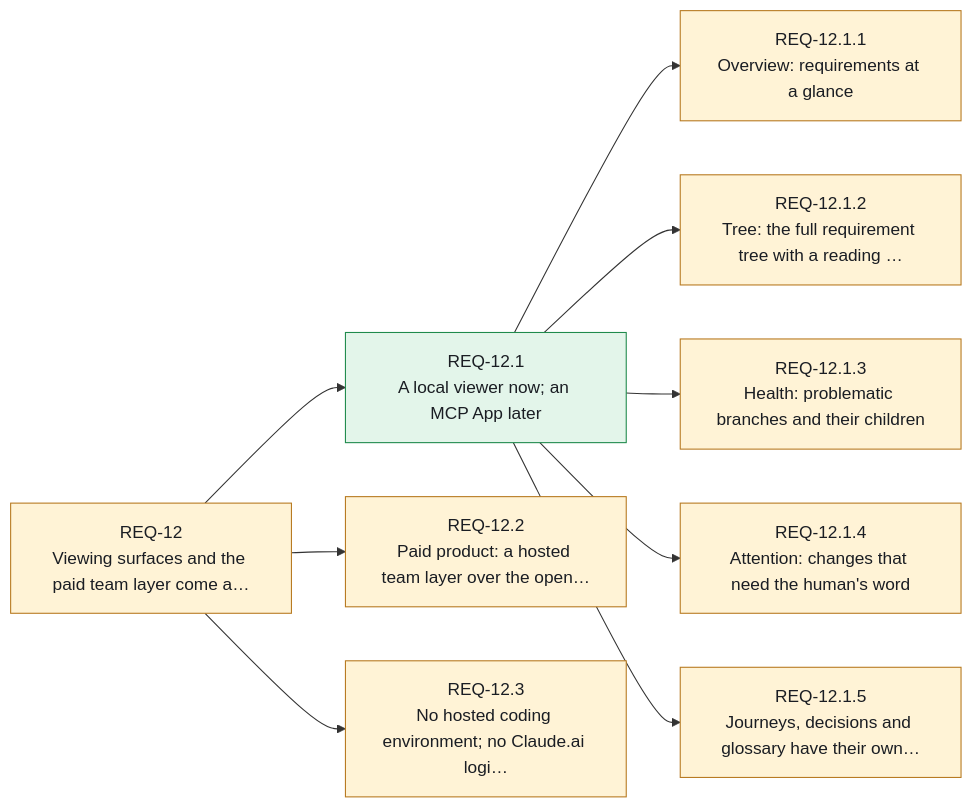
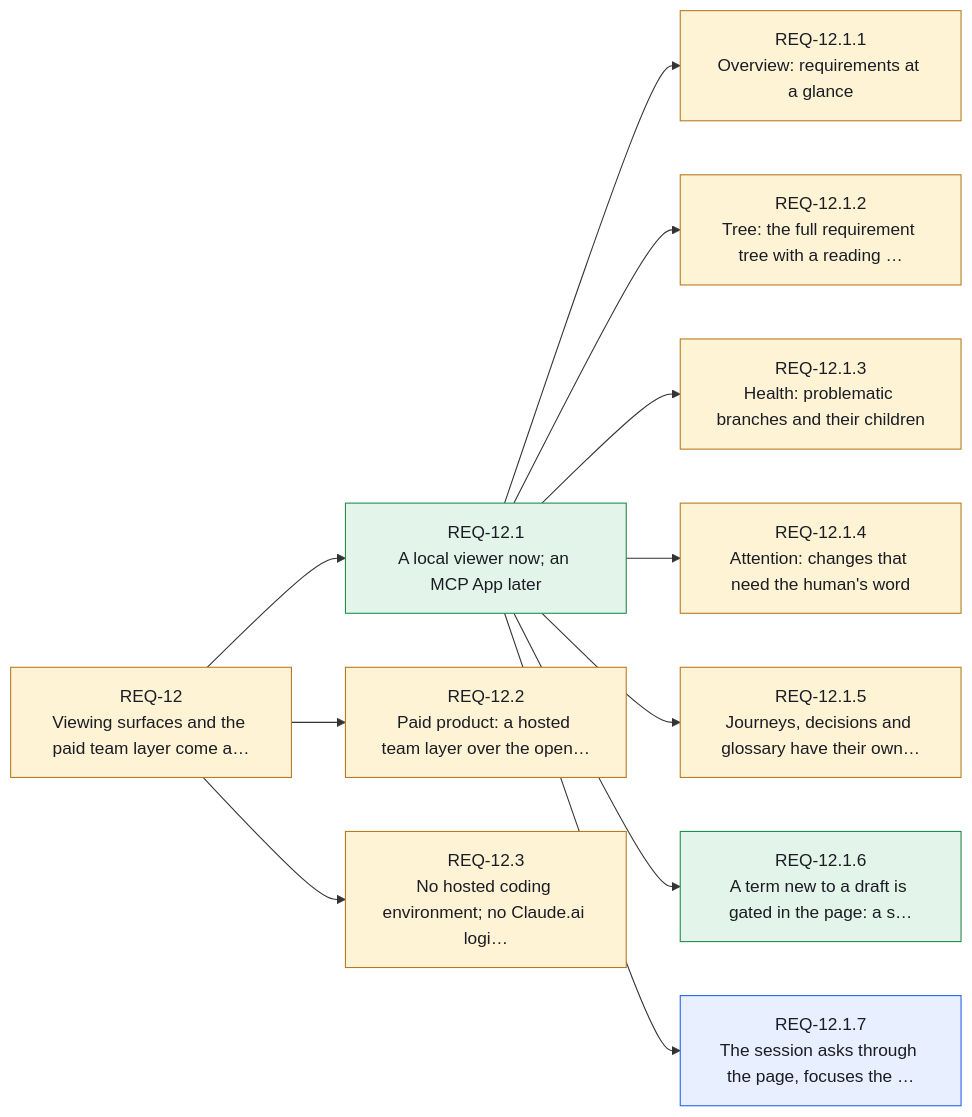
One commit to Althis/headcanon changed diagram 13 of 14 in canon/INDEX.md. Above: the diagram before and after it, drawn with Mermaid. The commit also changed other lines of this file and 10 other files, not shown here.

````diff
--- a/canon/INDEX.md
+++ b/canon/INDEX.md
@@ -547,25 +561,29 @@
 ```mermaid
 flowchart LR
     REQ_12["REQ-12<br/>Viewing surfaces and the paid team layer come a…"]:::assumed
     REQ_12_1["REQ-12.1<br/>A local viewer now; an MCP App later"]:::stated
     REQ_12_1_1["REQ-12.1.1<br/>Overview: requirements at a glance"]:::assumed
     REQ_12_1_2["REQ-12.1.2<br/>Tree: the full requirement tree with a reading …"]:::assumed
     REQ_12_1_3["REQ-12.1.3<br/>Health: problematic branches and their children"]:::assumed
     REQ_12_1_4["REQ-12.1.4<br/>Attention: changes that need the human's word"]:::assumed
     REQ_12_1_5["REQ-12.1.5<br/>Journeys, decisions and glossary have their own…"]:::assumed
+    REQ_12_1_6["REQ-12.1.6<br/>A term new to a draft is gated in the page: a s…"]:::stated
+    REQ_12_1_7["REQ-12.1.7<br/>The session asks through the page, focuses the …"]:::resolved
     REQ_12_2["REQ-12.2<br/>Paid product: a hosted team layer over the open…"]:::assumed
     REQ_12_3["REQ-12.3<br/>No hosted coding environment; no Claude.ai logi…"]:::assumed
     REQ_12 --> REQ_12_1
     REQ_12_1 --> REQ_12_1_1
     REQ_12_1 --> REQ_12_1_2
     REQ_12_1 --> REQ_12_1_3
     REQ_12_1 --> REQ_12_1_4
     REQ_12_1 --> REQ_12_1_5
+    REQ_12_1 --> REQ_12_1_6
+    REQ_12_1 --> REQ_12_1_7
     REQ_12 --> REQ_12_2
     REQ_12 --> REQ_12_3
     classDef stated fill:#e3f5ea,stroke:#1f8a4c,color:#1a1d23
     classDef resolved fill:#e8efff,stroke:#2563eb,color:#1a1d23
     classDef assumed fill:#fff3d6,stroke:#b7791f,color:#1a1d23
     classDef open fill:#ece9fb,stroke:#6b5bd2,color:#1a1d23
     classDef contested fill:#fde7e8,stroke:#d13438,color:#1a1d23
 ```
````
